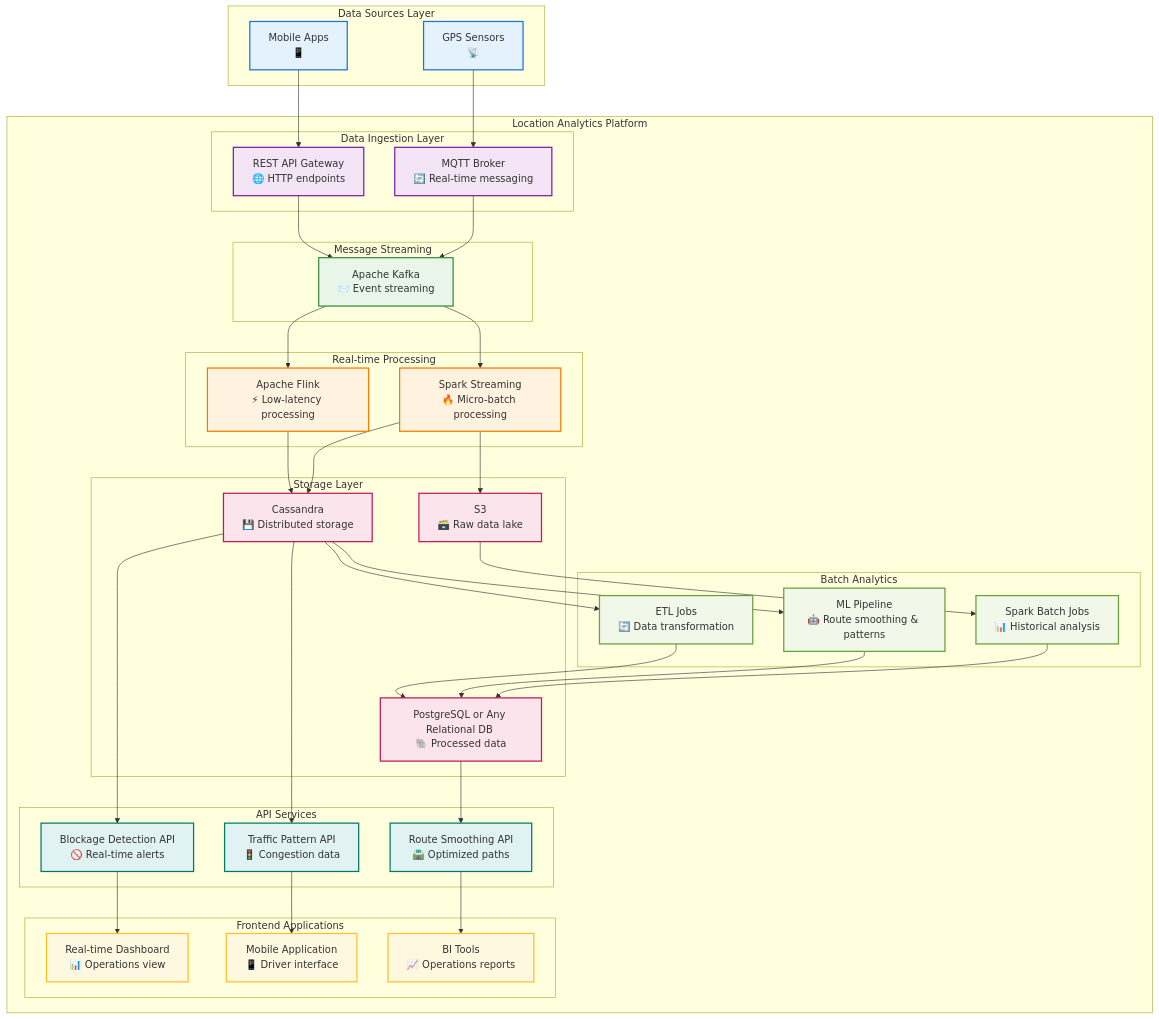
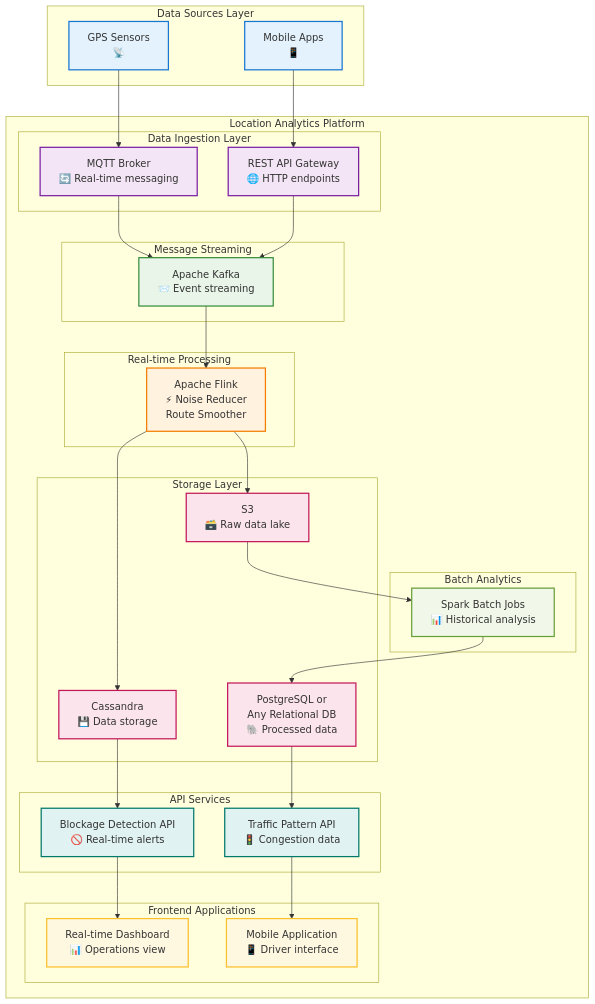
The diagram in design/high_level_flow.md (dhananjaydpatkar/traffic-analytics), drawn with Mermaid before and after one commit.

```diff
--- a/design/high_level_flow.md
+++ b/design/high_level_flow.md
@@ -24,37 +24,32 @@
     end
     
     %% Stream Processing
-    subgraph "Real-time Processing"
-        SPARK_STREAM[Spark Streaming<br/>🔥 Micro-batch processing]
-        FLINK[Apache Flink<br/>⚡ Low-latency processing]
+    subgraph "Real-time Processing "
+        FLINK[Apache Flink<br/>⚡ Noise Reducer <br> Route Smoother]
     end
     
     %% Data Storage
     subgraph "Storage Layer"
         HDFS[S3<br/>🗃️ Raw data lake]
-        CASSANDRA[Cassandra<br/>💾 Distributed storage]
-        POSTGRES[PostgreSQL or Any Relational DB <br/>🐘 Processed data]
+        CASSANDRA[Cassandra<br/>💾 Data storage]
+        POSTGRES[PostgreSQL or <br> Any Relational DB <br/>🐘 Processed data]
     end
     
     %% Batch Processing
     subgraph "Batch Analytics"
         SPARK_BATCH[Spark Batch Jobs<br/>📊 Historical analysis]
-        ML_PIPELINE[ML Pipeline<br/>🤖 Route smoothing & patterns]
-        ETL[ETL Jobs<br/>🔄 Data transformation]
     end
     
     %% Application Services
     subgraph "API Services"
         BLOCKAGE_API[Blockage Detection API<br/>🚫 Real-time alerts]
         TRAFFIC_API[Traffic Pattern API<br/>🚦 Congestion data]
-        ROUTE_API[Route Smoothing API<br/>🛣️ Optimized paths]
     end
     
     %% Frontend Applications
     subgraph "Frontend Applications"
         DASHBOARD[Real-time Dashboard<br/>📊 Operations view]
         MOBILE_APP[Mobile Application<br/>📱 Driver interface]
-        BI_TOOLS[BI Tools<br/>📈 Operations reports]
     end
     end
 
@@ -65,29 +60,23 @@
     MQTT --> KAFKA
     REST --> KAFKA
     
-    KAFKA --> SPARK_STREAM
     KAFKA --> FLINK
     
-    SPARK_STREAM --> CASSANDRA
-    SPARK_STREAM --> HDFS
+    FLINK --> HDFS
     FLINK --> CASSANDRA
     
     HDFS --> SPARK_BATCH
-    CASSANDRA --> ML_PIPELINE
-    CASSANDRA --> ETL
     
     SPARK_BATCH --> POSTGRES
-    ML_PIPELINE --> POSTGRES
-    ETL --> POSTGRES
+
     
     CASSANDRA --> BLOCKAGE_API
-    CASSANDRA --> TRAFFIC_API
-    POSTGRES --> ROUTE_API
+    POSTGRES --> TRAFFIC_API
+    
 
+    BLOCKAGE_API--> DASHBOARD
+    TRAFFIC_API --> MOBILE_APP
     
-    BLOCKAGE_API --> DASHBOARD
-    TRAFFIC_API --> MOBILE_APP
-    ROUTE_API --> BI_TOOLS
 
     
     %% Styling
```
